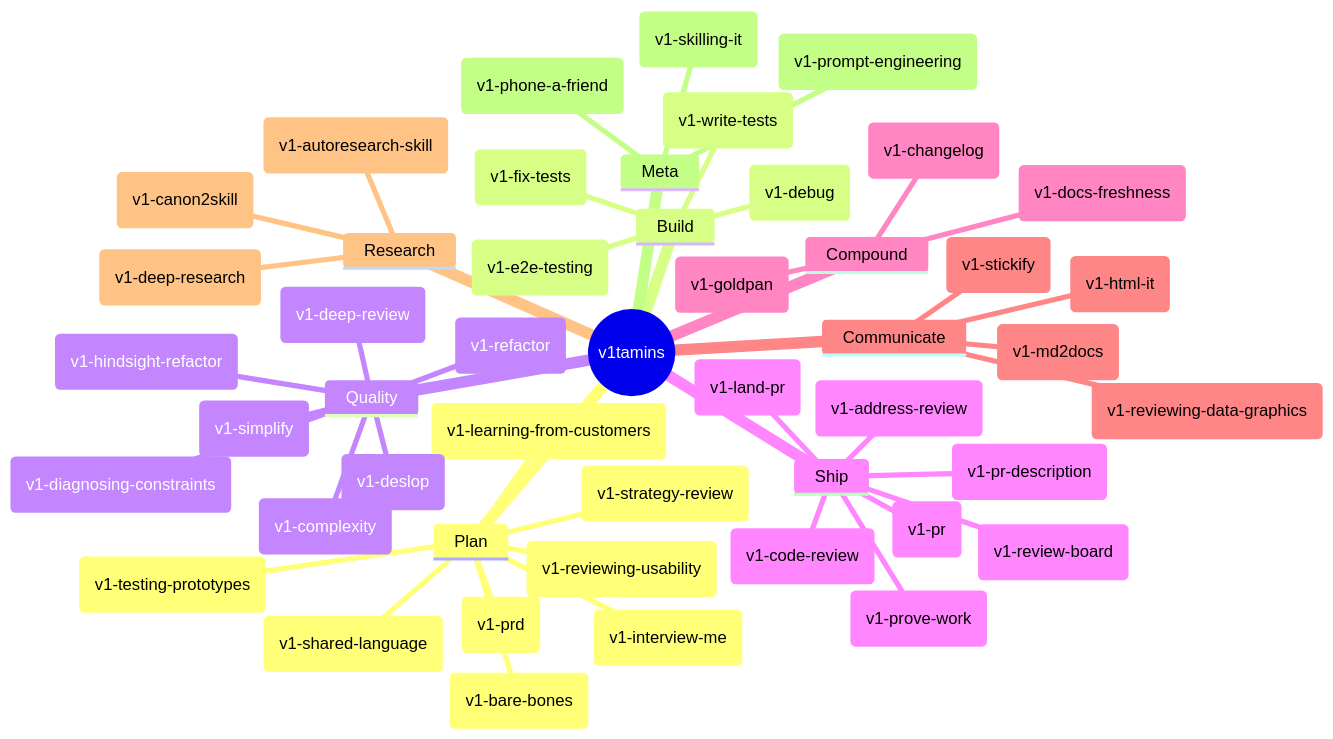
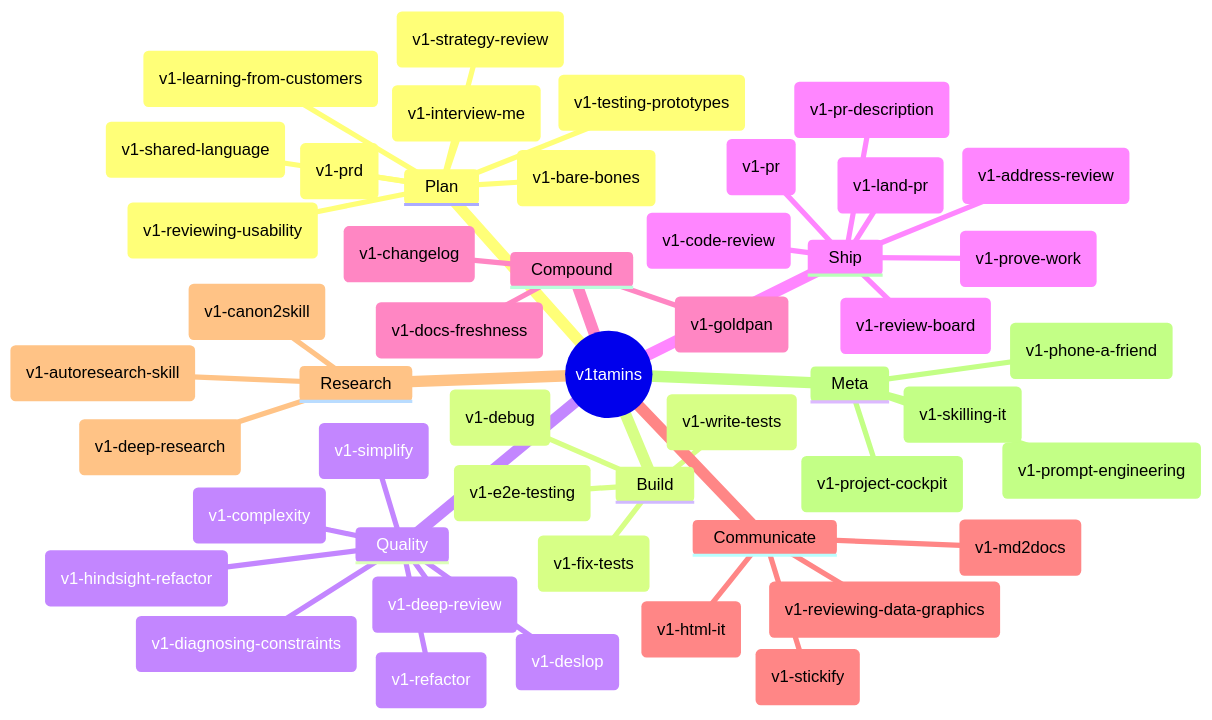
Before and after one commit to v1-io/v1tamins: the first of 6 diagrams in README.md, drawn with Mermaid. The commit also changed other lines of this file and 4 other files, not shown here.

````diff
--- a/README.md
+++ b/README.md
@@ -67,51 +67,52 @@
 ```mermaid
 mindmap
   root((v1tamins))
     Plan
       ("v1-interview-me")
       ("v1-strategy-review")
       ("v1-bare-bones")
       ("v1-shared-language")
       ("v1-prd")
       ("v1-learning-from-customers")
       ("v1-testing-prototypes")
       ("v1-reviewing-usability")
     Build
       ("v1-debug")
       ("v1-fix-tests")
       ("v1-write-tests")
       ("v1-e2e-testing")
     Quality
       ("v1-simplify")
       ("v1-deslop")
       ("v1-refactor")
       ("v1-complexity")
       ("v1-hindsight-refactor")
       ("v1-deep-review")
       ("v1-diagnosing-constraints")
     Ship
       ("v1-pr")
       ("v1-pr-description")
       ("v1-land-pr")
       ("v1-code-review")
       ("v1-address-review")
       ("v1-review-board")
       ("v1-prove-work")
     Compound
       ("v1-goldpan")
       ("v1-docs-freshness")
       ("v1-changelog")
     Communicate
       ("v1-stickify")
       ("v1-md2docs")
       ("v1-html-it")
       ("v1-reviewing-data-graphics")
     Research
       ("v1-deep-research")
       ("v1-autoresearch-skill")
       ("v1-canon2skill")
     Meta
       ("v1-phone-a-friend")
       ("v1-skilling-it")
       ("v1-prompt-engineering")
+      ("v1-project-cockpit")
 ```
````
